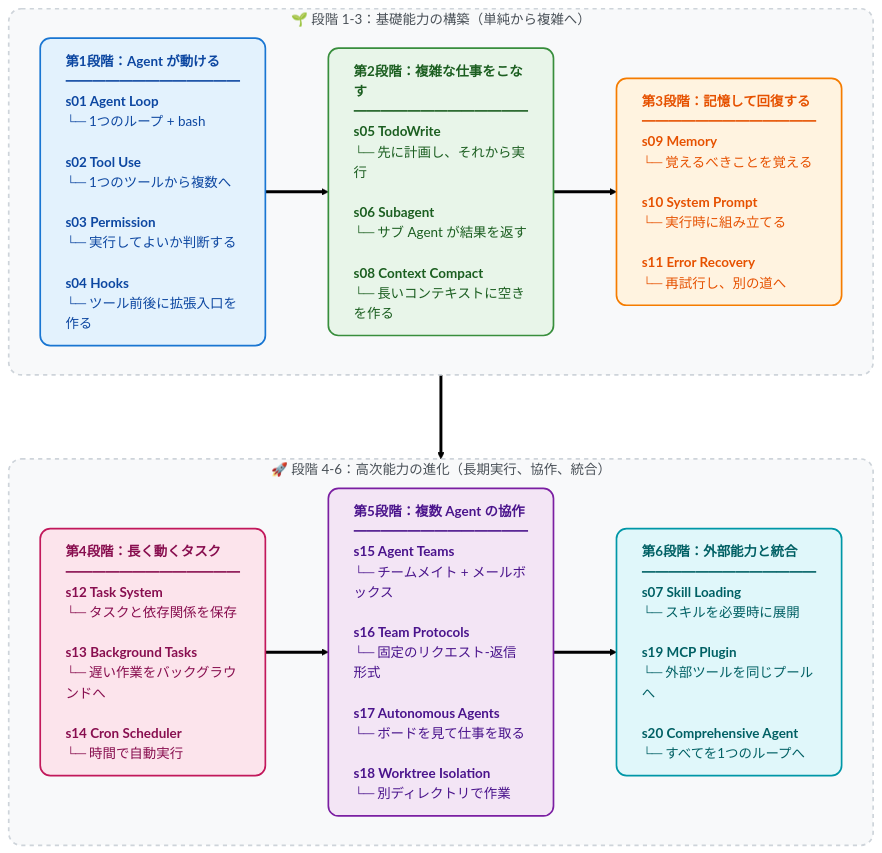
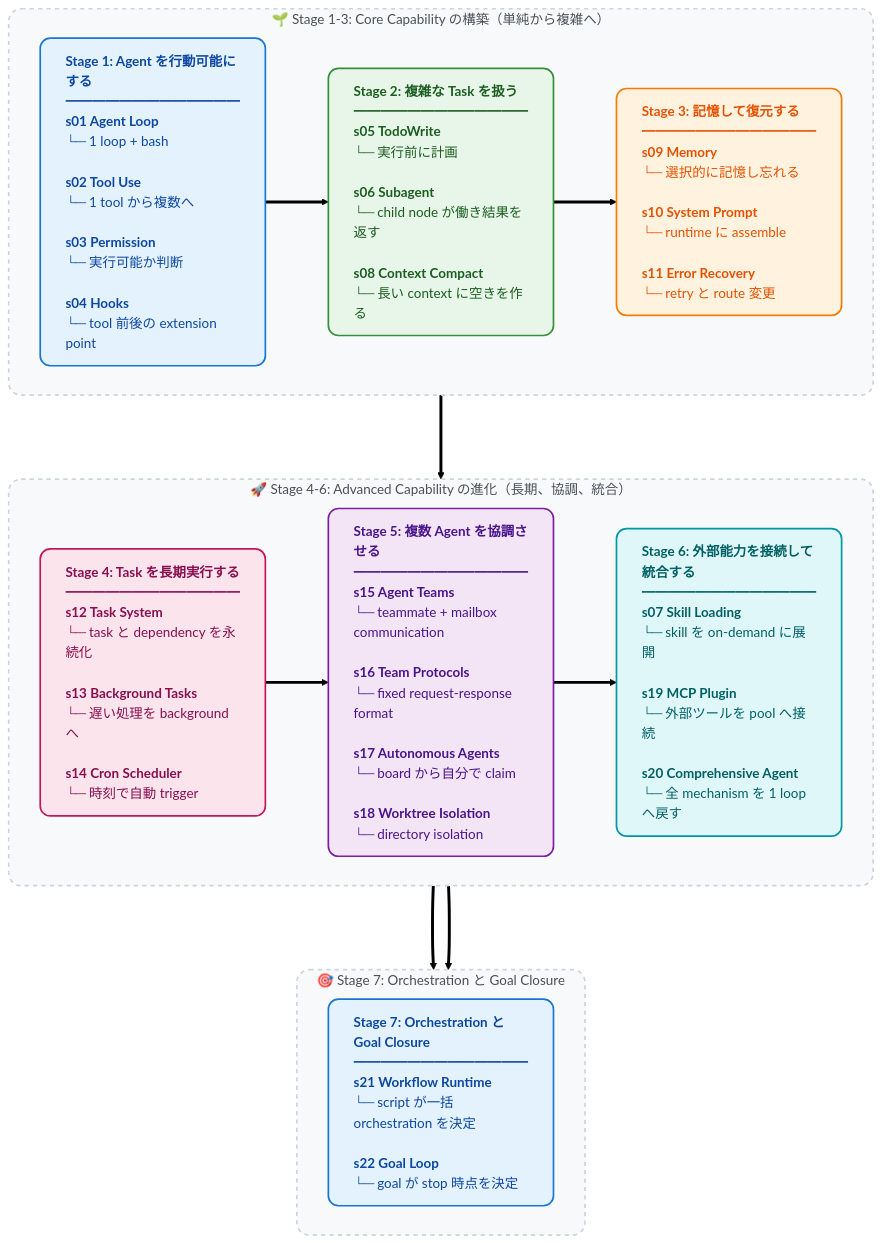
One commit to Bill-Billion/learn-claude-code changed the diagram in README-ja.md. Above: the diagram before and after it, drawn with Mermaid (forest theme). The commit also changed other lines of this file and 67 other files, not shown here.

````diff
--- a/README-ja.md
+++ b/README-ja.md
@@ -313,42 +316,51 @@
 ```mermaid
 flowchart TD
-    %% カードスタイル
+    %% card style を統一し、text-align:left で list の位置を保つ
     classDef stage1 fill:#E3F2FD,stroke:#1976D2,stroke-width:2px,color:#0D47A1,rx:12,ry:12,text-align:left
     classDef stage2 fill:#E8F5E9,stroke:#388E3C,stroke-width:2px,color:#1B5E20,rx:12,ry:12,text-align:left
     classDef stage3 fill:#FFF3E0,stroke:#F57C00,stroke-width:2px,color:#E65100,rx:12,ry:12,text-align:left
     classDef stage4 fill:#FCE4EC,stroke:#C2185b,stroke-width:2px,color:#880E4F,rx:12,ry:12,text-align:left
     classDef stage5 fill:#F3E5F5,stroke:#7B1FA2,stroke-width:2px,color:#4A148C,rx:12,ry:12,text-align:left
     classDef stage6 fill:#E0F7FA,stroke:#0097A7,stroke-width:2px,color:#006064,rx:12,ry:12,text-align:left
 
-    %% 背景スタイル
+    %% background group style
     classDef groupBox fill:#F8F9FA,stroke:#CED4DA,stroke-width:2px,stroke-dasharray: 5 5,rx:15,ry:15,color:#495057
 
-    %% 第1層：1-3段階
-    subgraph Phase1 ["🌱 段階 1-3：基礎能力の構築（単純から複雑へ）"]
+    %% 1 行目: stage 1-3
+    subgraph Phase1 ["🌱 Stage 1-3: Core Capability の構築（単純から複雑へ）"]
         direction LR
-        S1["<b>第1段階：Agent が動ける</b><br/>━━━━━━━━━━━━━<br/><b>s01 Agent Loop</b><br/>└─ 1つのループ + bash<br/><br/><b>s02 Tool Use</b><br/>└─ 1つのツールから複数へ<br/><br/><b>s03 Permission</b><br/>└─ 実行してよいか判断する<br/><br/><b>s04 Hooks</b><br/>└─ ツール前後に拡張入口を作る"]:::stage1
+        S1["<b>Stage 1: Agent を行動可能にする</b><br/>━━━━━━━━━━━━━<br/><b>s01 Agent Loop</b><br/>└─ 1 loop + bash<br/><br/><b>s02 Tool Use</b><br/>└─ 1 tool から複数へ<br/><br/><b>s03 Permission</b><br/>└─ 実行可能か判断<br/><br/><b>s04 Hooks</b><br/>└─ tool 前後の extension point"]:::stage1
 
-        S2["<b>第2段階：複雑な仕事をこなす</b><br/>━━━━━━━━━━━━━<br/><b>s05 TodoWrite</b><br/>└─ 先に計画し、それから実行<br/><br/><b>s06 Subagent</b><br/>└─ サブ Agent が結果を返す<br/><br/><b>s08 Context Compact</b><br/>└─ 長いコンテキストに空きを作る"]:::stage2
+        S2["<b>Stage 2: 複雑な Task を扱う</b><br/>━━━━━━━━━━━━━<br/><b>s05 TodoWrite</b><br/>└─ 実行前に計画<br/><br/><b>s06 Subagent</b><br/>└─ child node が働き結果を返す<br/><br/><b>s08 Context Compact</b><br/>└─ 長い context に空きを作る"]:::stage2
 
-        S3["<b>第3段階：記憶して回復する</b><br/>━━━━━━━━━━━━━<br/><b>s09 Memory</b><br/>└─ 覚えるべきことを覚える<br/><br/><b>s10 System Prompt</b><br/>└─ 実行時に組み立てる<br/><br/><b>s11 Error Recovery</b><br/>└─ 再試行し、別の道へ"]:::stage3
+        S3["<b>Stage 3: 記憶して復元する</b><br/>━━━━━━━━━━━━━<br/><b>s09 Memory</b><br/>└─ 選択的に記憶し忘れる<br/><br/><b>s10 System Prompt</b><br/>└─ runtime に assemble<br/><br/><b>s11 Error Recovery</b><br/>└─ retry と route 変更"]:::stage3
 
         S1 ==> S2 ==> S3
     end
 
-    %% 第2層：4-6段階
-    subgraph Phase2 ["🚀 段階 4-6：高次能力の進化（長期実行、協作、統合）"]
+    %% 2 行目: stage 4-6
+    subgraph Phase2 ["🚀 Stage 4-6: Advanced Capability の進化（長期、協調、統合）"]
         direction LR
-        S4["<b>第4段階：長く動くタスク</b><br/>━━━━━━━━━━━━━<br/><b>s12 Task System</b><br/>└─ タスクと依存関係を保存<br/><br/><b>s13 Background Tasks</b><br/>└─ 遅い作業をバックグラウンドへ<br/><br/><b>s14 Cron Scheduler</b><br/>└─ 時間で自動実行"]:::stage4
+        S4["<b>Stage 4: Task を長期実行する</b><br/>━━━━━━━━━━━━━<br/><b>s12 Task System</b><br/>└─ task と dependency を永続化<br/><br/><b>s13 Background Tasks</b><br/>└─ 遅い処理を background へ<br/><br/><b>s14 Cron Scheduler</b><br/>└─ 時刻で自動 trigger"]:::stage4
 
-        S5["<b>第5段階：複数 Agent の協作</b><br/>━━━━━━━━━━━━━<br/><b>s15 Agent Teams</b><br/>└─ チームメイト + メールボックス<br/><br/><b>s16 Team Protocols</b><br/>└─ 固定のリクエスト-返信形式<br/><br/><b>s17 Autonomous Agents</b><br/>└─ ボードを見て仕事を取る<br/><br/><b>s18 Worktree Isolation</b><br/>└─ 別ディレクトリで作業"]:::stage5
+        S5["<b>Stage 5: 複数 Agent を協調させる</b><br/>━━━━━━━━━━━━━<br/><b>s15 Agent Teams</b><br/>└─ teammate + mailbox communication<br/><br/><b>s16 Team Protocols</b><br/>└─ fixed request-response format<br/><br/><b>s17 Autonomous Agents</b><br/>└─ board から自分で claim<br/><br/><b>s18 Worktree Isolation</b><br/>└─ directory isolation"]:::stage5
 
-        S6["<b>第6段階：外部能力と統合</b><br/>━━━━━━━━━━━━━<br/><b>s07 Skill Loading</b><br/>└─ スキルを必要時に展開<br/><br/><b>s19 MCP Plugin</b><br/>└─ 外部ツールを同じプールへ<br/><br/><b>s20 Comprehensive Agent</b><br/>└─ すべてを1つのループへ"]:::stage6
+        S6["<b>Stage 6: 外部能力を接続して統合する</b><br/>━━━━━━━━━━━━━<br/><b>s07 Skill Loading</b><br/>└─ skill を on-demand に展開<br/><br/><b>s19 MCP Plugin</b><br/>└─ 外部ツールを pool へ接続<br/><br/><b>s20 Comprehensive Agent</b><br/>└─ 全 mechanism を 1 loop へ戻す"]:::stage6
 
         S4 ==> S5 ==> S6
     end
 
-    %% 2つの層を接続
-    Phase1 ===> Phase2
+    %% 3 行目: stage 7
+    subgraph Phase3 ["🎯 Stage 7: Orchestration と Goal Closure"]
+        direction LR
+        S7["<b>Stage 7: Orchestration と Goal Closure</b><br/>━━━━━━━━━━━━━<br/><b>s21 Workflow Runtime</b><br/>└─ script が一括 orchestration を決定<br/><br/><b>s22 Goal Loop</b><br/>└─ goal が stop 時点を決定"]:::stage1
 
-    class Phase1,Phase2 groupBox
+        S6 ==> S7
+    end
+
+    %% module を Z 字の reading flow で接続
+    Phase1 ===> Phase2 ===> Phase3
+
+    %% background style を適用
+    class Phase1,Phase2,Phase3 groupBox
 ```
````
